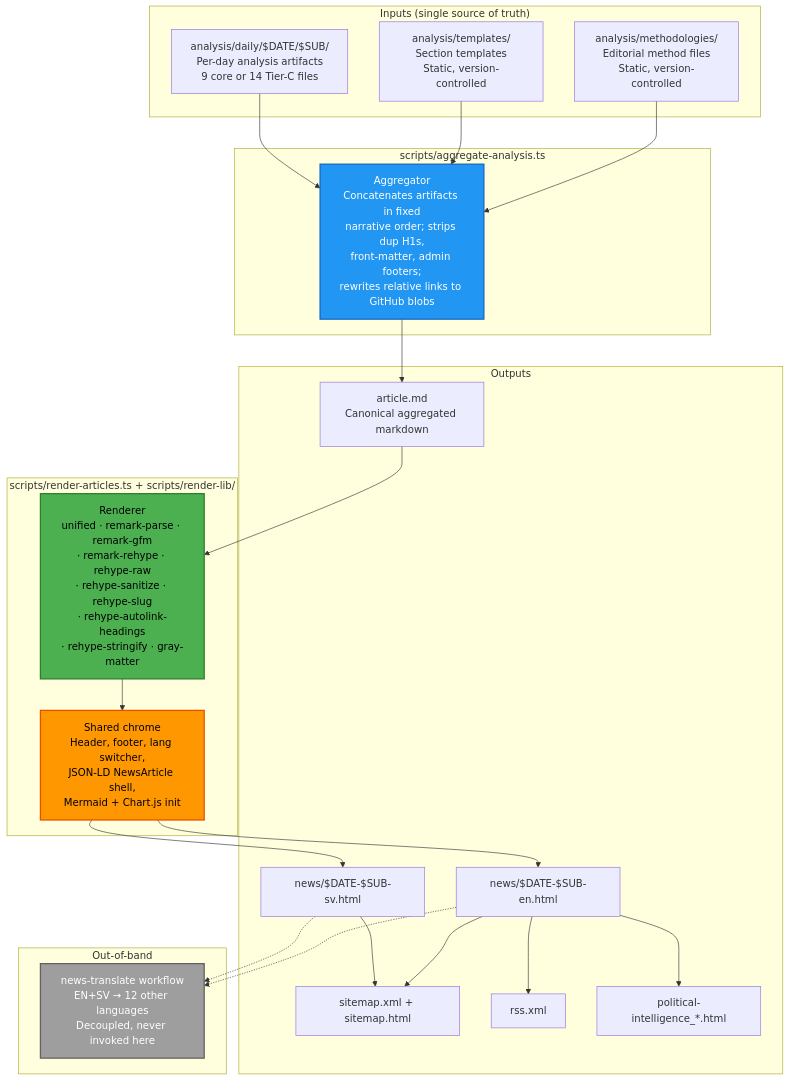
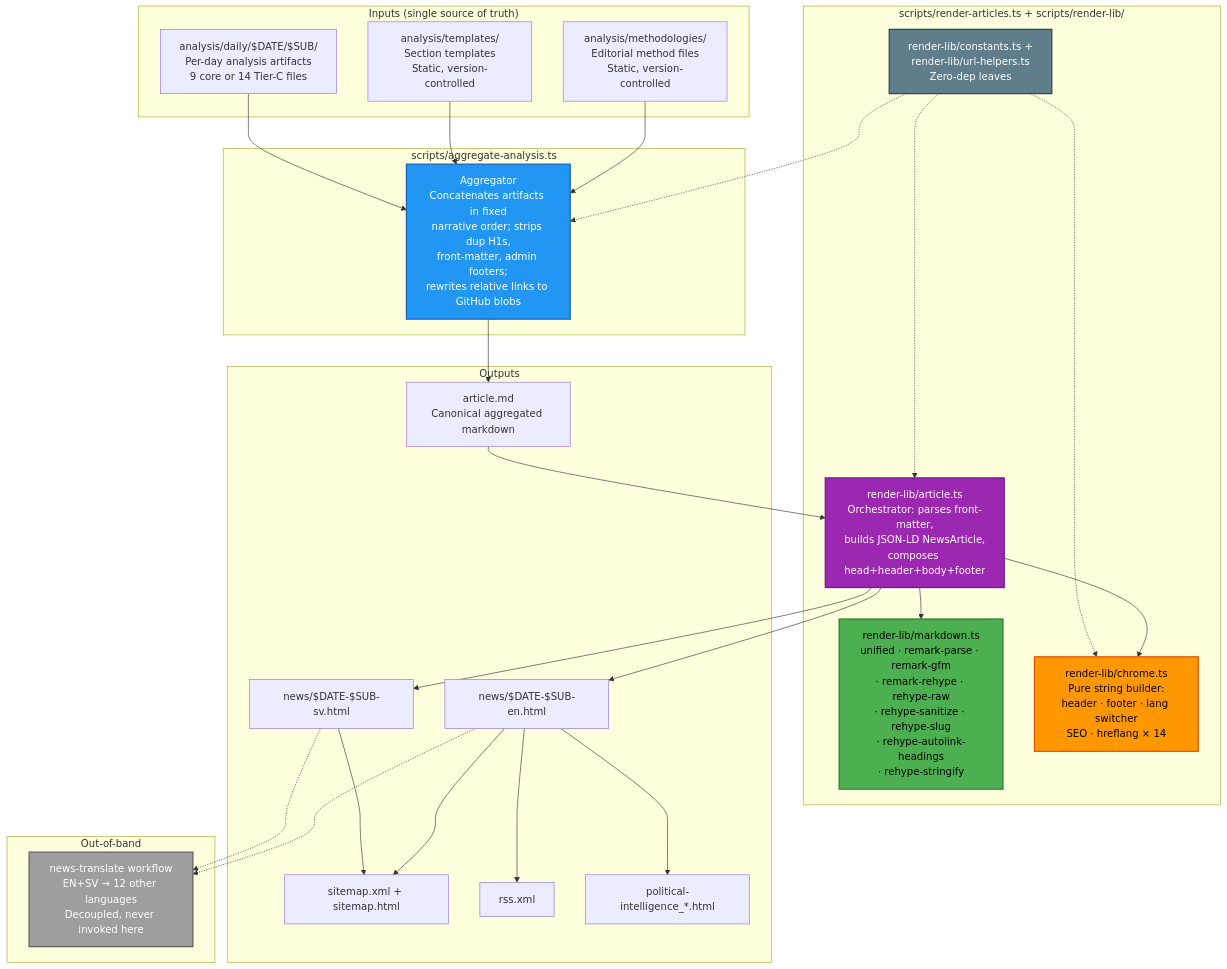
One commit to Hack23/riksdagsmonitor changed diagram 11 of 16 in ARCHITECTURE.md. Above: the diagram before and after it, drawn with Mermaid. The commit also changed other lines of this file and 9 other files, not shown here.

First line of the commit message:
refactor(render-lib): split 960-LOC monolith into 6 leaf modules + barrel; +25 architecture tests; sync typedoc.json (5 new docs); update ARCHITECTURE

````diff
--- a/ARCHITECTURE.md
+++ b/ARCHITECTURE.md
@@ -995,50 +995,58 @@
 ```mermaid
 graph TD
     subgraph "Inputs (single source of truth)"
         Methodologies[analysis/methodologies/<br/>Editorial method files<br/>Static, version-controlled]
         Templates[analysis/templates/<br/>Section templates<br/>Static, version-controlled]
         Daily[analysis/daily/$DATE/$SUB/<br/>Per-day analysis artifacts<br/>9 core or 14 Tier-C files]
     end
 
     subgraph "scripts/aggregate-analysis.ts"
         Aggregator[Aggregator<br/>Concatenates artifacts in fixed<br/>narrative order; strips dup H1s,<br/>front-matter, admin footers;<br/>rewrites relative links to GitHub blobs]
     end
 
     subgraph "scripts/render-articles.ts + scripts/render-lib/"
-        Renderer[Renderer<br/>unified · remark-parse · remark-gfm<br/>· remark-rehype · rehype-raw<br/>· rehype-sanitize · rehype-slug<br/>· rehype-autolink-headings<br/>· rehype-stringify · gray-matter]
-        Chrome[Shared chrome<br/>Header, footer, lang switcher,<br/>JSON-LD NewsArticle shell,<br/>Mermaid + Chart.js init]
+        Renderer[render-lib/markdown.ts<br/>unified · remark-parse · remark-gfm<br/>· remark-rehype · rehype-raw<br/>· rehype-sanitize · rehype-slug<br/>· rehype-autolink-headings<br/>· rehype-stringify]
+        Chrome[render-lib/chrome.ts<br/>Pure string builder:<br/>header · footer · lang switcher<br/>SEO · hreflang × 14]
+        Article[render-lib/article.ts<br/>Orchestrator: parses front-matter,<br/>builds JSON-LD NewsArticle,<br/>composes head+header+body+footer]
+        Constants[render-lib/constants.ts +<br/>render-lib/url-helpers.ts<br/>Zero-dep leaves]
     end
 
     subgraph "Outputs"
         ArticleMd[article.md<br/>Canonical aggregated markdown]
         EnHtml[news/$DATE-$SUB-en.html]
         SvHtml[news/$DATE-$SUB-sv.html]
         Sitemap[sitemap.xml + sitemap.html]
         Rss[rss.xml]
         Pi[political-intelligence_*.html]
     end
 
     subgraph "Out-of-band"
         Translate[news-translate workflow<br/>EN+SV → 12 other languages<br/>Decoupled, never invoked here]
     end
 
     Methodologies --> Aggregator
     Templates --> Aggregator
     Daily --> Aggregator
     Aggregator --> ArticleMd
-    ArticleMd --> Renderer
-    Renderer --> Chrome
-    Chrome --> EnHtml
-    Chrome --> SvHtml
+    ArticleMd --> Article
+    Article --> Renderer
+    Article --> Chrome
+    Constants -.-> Aggregator
+    Constants -.-> Chrome
+    Constants -.-> Article
+    Article --> EnHtml
+    Article --> SvHtml
     EnHtml --> Sitemap
     SvHtml --> Sitemap
     EnHtml --> Rss
     EnHtml --> Pi
     EnHtml -.-> Translate
     SvHtml -.-> Translate
 
     style Aggregator fill:#2196f3,stroke:#1565c0,stroke-width:2px,color:#ffffff
     style Renderer fill:#4caf50,stroke:#2e7d32,stroke-width:2px,color:#000000
     style Chrome fill:#ff9800,stroke:#e65100,stroke-width:2px,color:#000000
+    style Article fill:#9c27b0,stroke:#6a1b9a,stroke-width:2px,color:#ffffff
+    style Constants fill:#607d8b,stroke:#37474f,stroke-width:2px,color:#ffffff
     style Translate fill:#9e9e9e,stroke:#616161,stroke-width:2px,color:#ffffff
 ```
````
